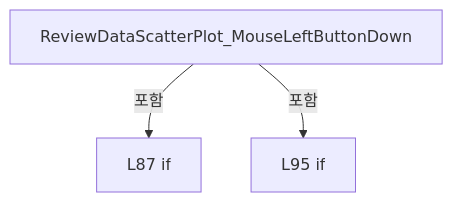
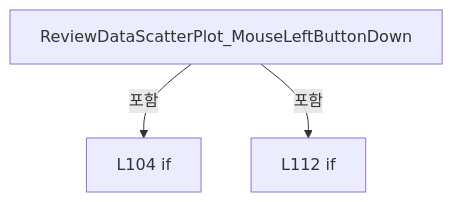
The fourth of 18 diagrams in A3 LD Code Ref/files/Drilling.UI/Views/CReviewDataView.xaml.cs.md (kjuws10-rgb/Shared), drawn with Mermaid before and after one commit. The commit also changed other lines of this file and 2071 other files, not shown here.

Commit message:
docs(a3): update 11.19.0 architecture and code reference

````diff
--- a/A3 LD Code Ref/files/Drilling.UI/Views/CReviewDataView.xaml.cs.md
+++ b/A3 LD Code Ref/files/Drilling.UI/Views/CReviewDataView.xaml.cs.md
@@ -480,8 +595,8 @@
 ```mermaid
 flowchart TD
  M["ReviewDataScatterPlot_MouseLeftButtonDown"]
- N0["L87 if"]
+ N0["L104 if"]
  M -->|포함| N0
- N1["L95 if"]
+ N1["L112 if"]
  M -->|포함| N1
 ```
````
